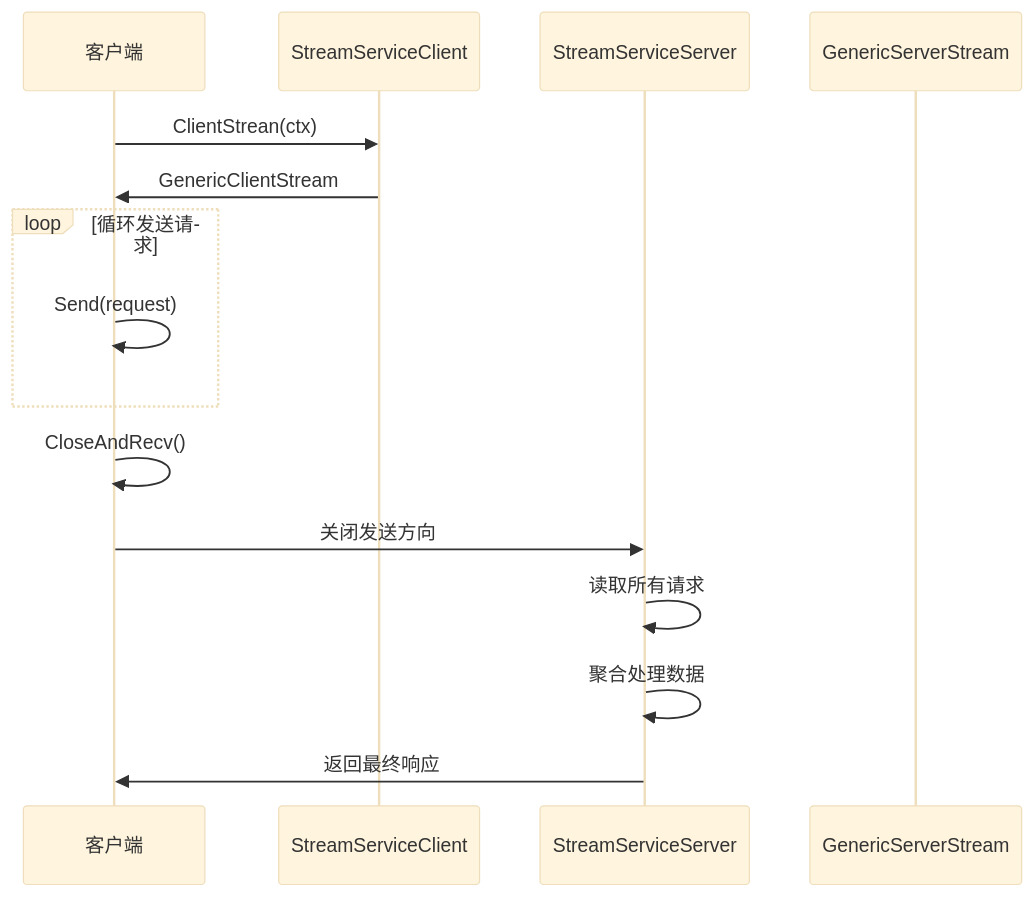
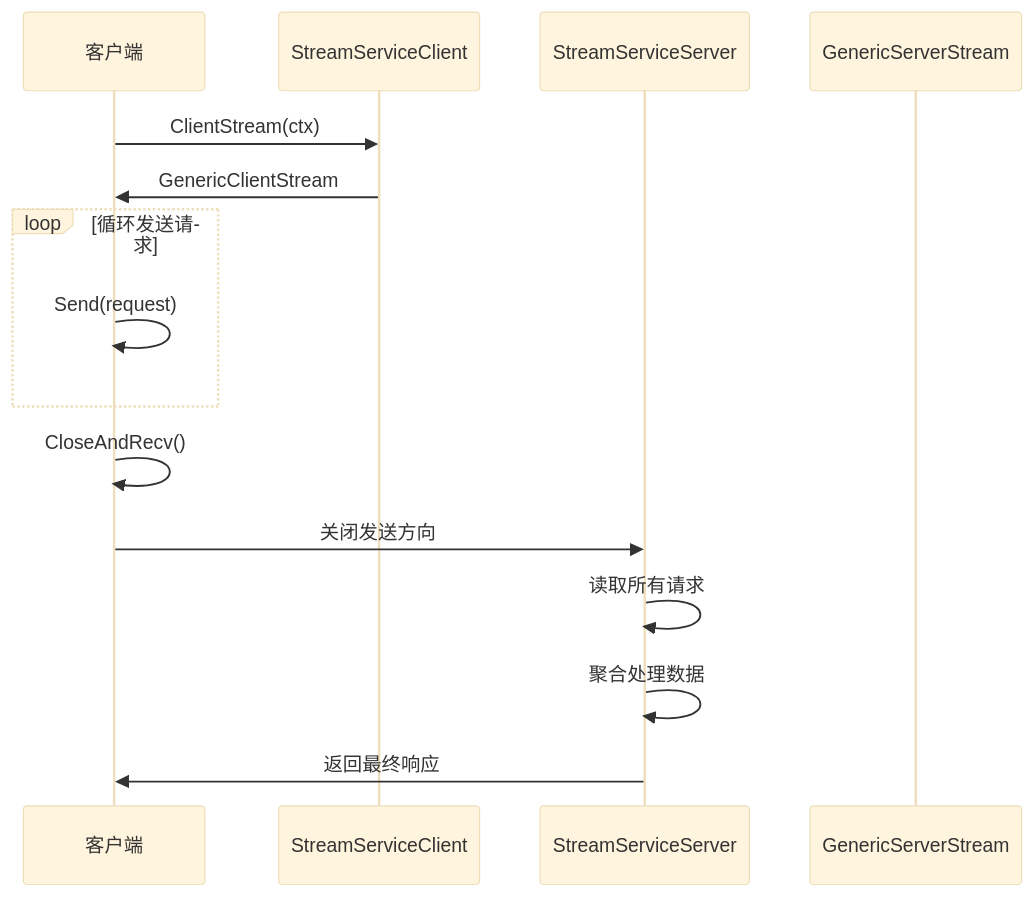
Before and after one commit to soyacen/goose: the seventh of 15 diagrams in .agents/repowiki/zh/content/示例和最佳实践/WebSocket流式系统.md, drawn with Mermaid (base theme). The commit also changed other lines of this file and 5 other files, not shown here.

````diff
--- a/.agents/repowiki/zh/content/示例和最佳实践/WebSocket流式系统.md
+++ b/.agents/repowiki/zh/content/示例和最佳实践/WebSocket流式系统.md
@@ -341,17 +352,17 @@
 ```mermaid
 sequenceDiagram
 participant Client as 客户端
 participant Service as StreamServiceClient
 participant Server as StreamServiceServer
 participant Stream as GenericServerStream
-Client->>Service : ClientStrean(ctx)
+Client->>Service : ClientStream(ctx)
 Service->>Client : GenericClientStream
 loop 循环发送请求
 Client->>Client : Send(request)
 end
 Client->>Client : CloseAndRecv()
 Client->>Server : 关闭发送方向
 Server->>Server : 读取所有请求
 Server->>Server : 聚合处理数据
 Server->>Client : 返回最终响应
 ```
````
